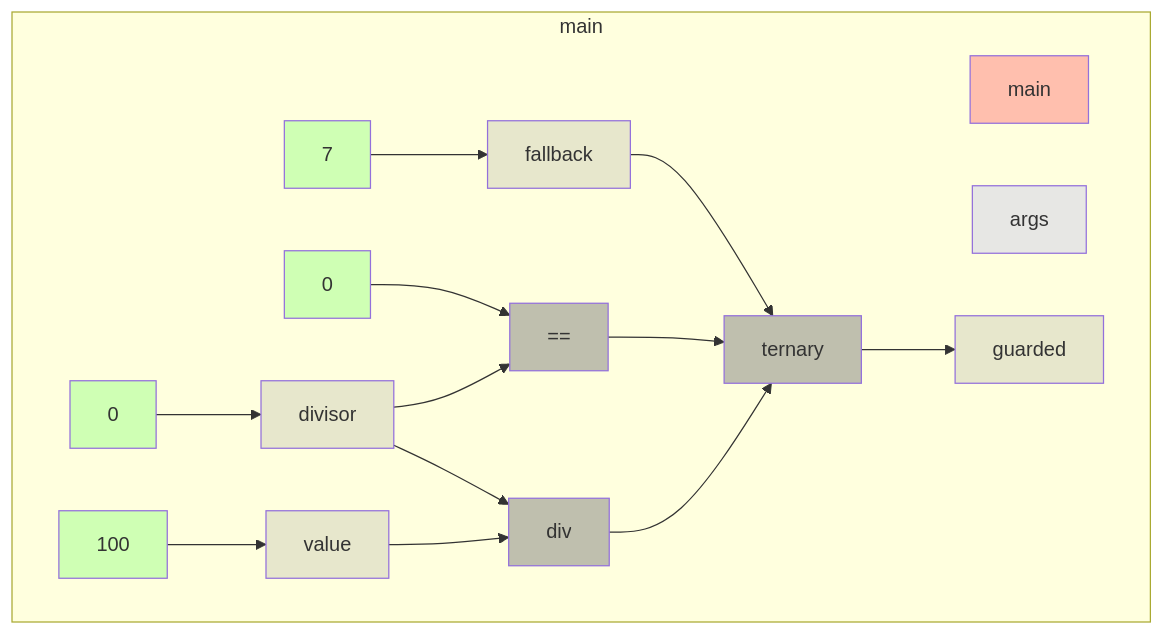
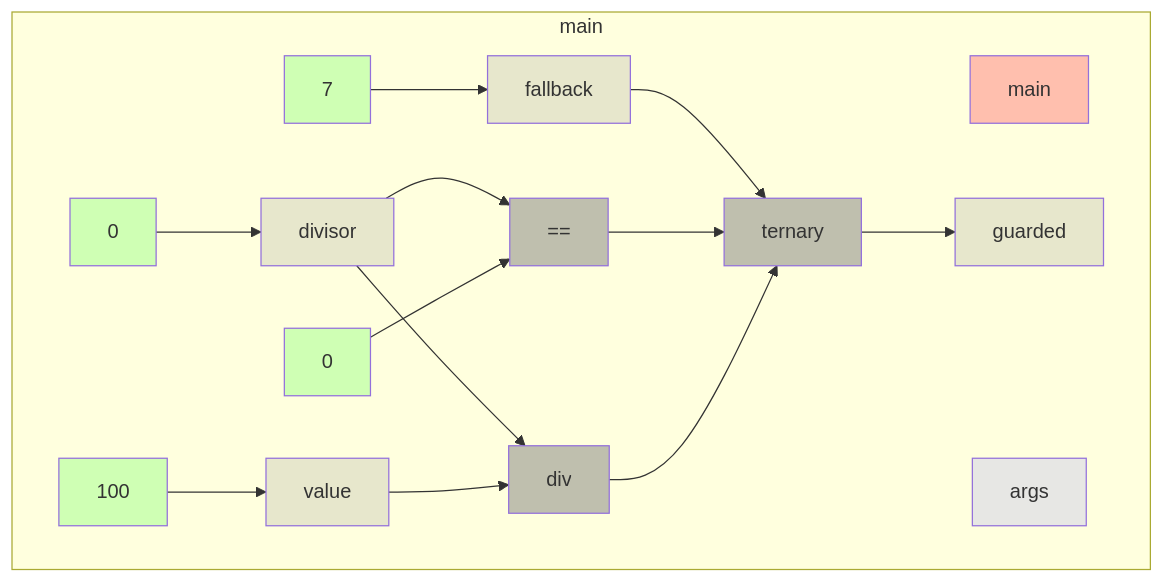
One commit to gstiebler/codeflow changed the diagram in app/src/test/resources/ternary/truth.md. Above: the diagram before and after it, drawn with Mermaid. The commit also changed 22 other files, not shown here.

````diff
--- a/app/src/test/resources/ternary/truth.md
+++ b/app/src/test/resources/ternary/truth.md
@@ -1,35 +1,35 @@
 ```mermaid
 flowchart TD
-  subgraph 4309014["main"]
-    -22338069009[ternary]:::BIN_OP
-    56853577[main]:::RETURN
-    1861666579[0]:::LITERAL
-    1861726317[7]:::LITERAL
-    1862384632[0]:::LITERAL
-    1862413992[==]:::BIN_OP
-    1862521311[100]:::LITERAL
-    1864099816[div]:::BIN_OP
-    1912617894[args]:::FUNC_PARAM
-    3765225955[value]:::VARIABLE
-    8089242853[guarded]:::VARIABLE
-    14802835783[fallback]:::VARIABLE
-    30325326750[divisor]:::VARIABLE
-    -22338069009[ternary]:::BIN_OP --> 8089242853[guarded]:::VARIABLE
-    1861666579[0]:::LITERAL --> 30325326750[divisor]:::VARIABLE
-    1861726317[7]:::LITERAL --> 14802835783[fallback]:::VARIABLE
-    1862384632[0]:::LITERAL --> 1862413992[==]:::BIN_OP
-    1862413992[==]:::BIN_OP --> -22338069009[ternary]:::BIN_OP
-    1862521311[100]:::LITERAL --> 3765225955[value]:::VARIABLE
-    1864099816[div]:::BIN_OP --> -22338069009[ternary]:::BIN_OP
-    3765225955[value]:::VARIABLE --> 1864099816[div]:::BIN_OP
-    14802835783[fallback]:::VARIABLE --> -22338069009[ternary]:::BIN_OP
-    30325326750[divisor]:::VARIABLE --> 1862413992[==]:::BIN_OP
-    30325326750[divisor]:::VARIABLE --> 1864099816[div]:::BIN_OP
+  subgraph b0["main"]
+    n1[main]:::RETURN
+    n2[args]:::FUNC_PARAM
+    n3[divisor]:::VARIABLE
+    n4[0]:::LITERAL
+    n5[value]:::VARIABLE
+    n6[100]:::LITERAL
+    n7[fallback]:::VARIABLE
+    n8[7]:::LITERAL
+    n9[guarded]:::VARIABLE
+    n10[0]:::LITERAL
+    n11[==]:::BIN_OP
+    n12[div]:::BIN_OP
+    n13[ternary]:::BIN_OP
+    n3[divisor]:::VARIABLE --> n11[==]:::BIN_OP
+    n3[divisor]:::VARIABLE --> n12[div]:::BIN_OP
+    n4[0]:::LITERAL --> n3[divisor]:::VARIABLE
+    n5[value]:::VARIABLE --> n12[div]:::BIN_OP
+    n6[100]:::LITERAL --> n5[value]:::VARIABLE
+    n7[fallback]:::VARIABLE --> n13[ternary]:::BIN_OP
+    n8[7]:::LITERAL --> n7[fallback]:::VARIABLE
+    n10[0]:::LITERAL --> n11[==]:::BIN_OP
+    n11[==]:::BIN_OP --> n13[ternary]:::BIN_OP
+    n12[div]:::BIN_OP --> n13[ternary]:::BIN_OP
+    n13[ternary]:::BIN_OP --> n9[guarded]:::VARIABLE
   end
   classDef LITERAL fill:#00FF0030
   classDef VARIABLE fill:#80808030
   classDef BIN_OP fill:#80808080
   classDef FUNC_PARAM fill:#8080FF30
   classDef RETURN fill:#FF808080
   classDef EXTERNAL fill:#FFA50040
 ```
````
